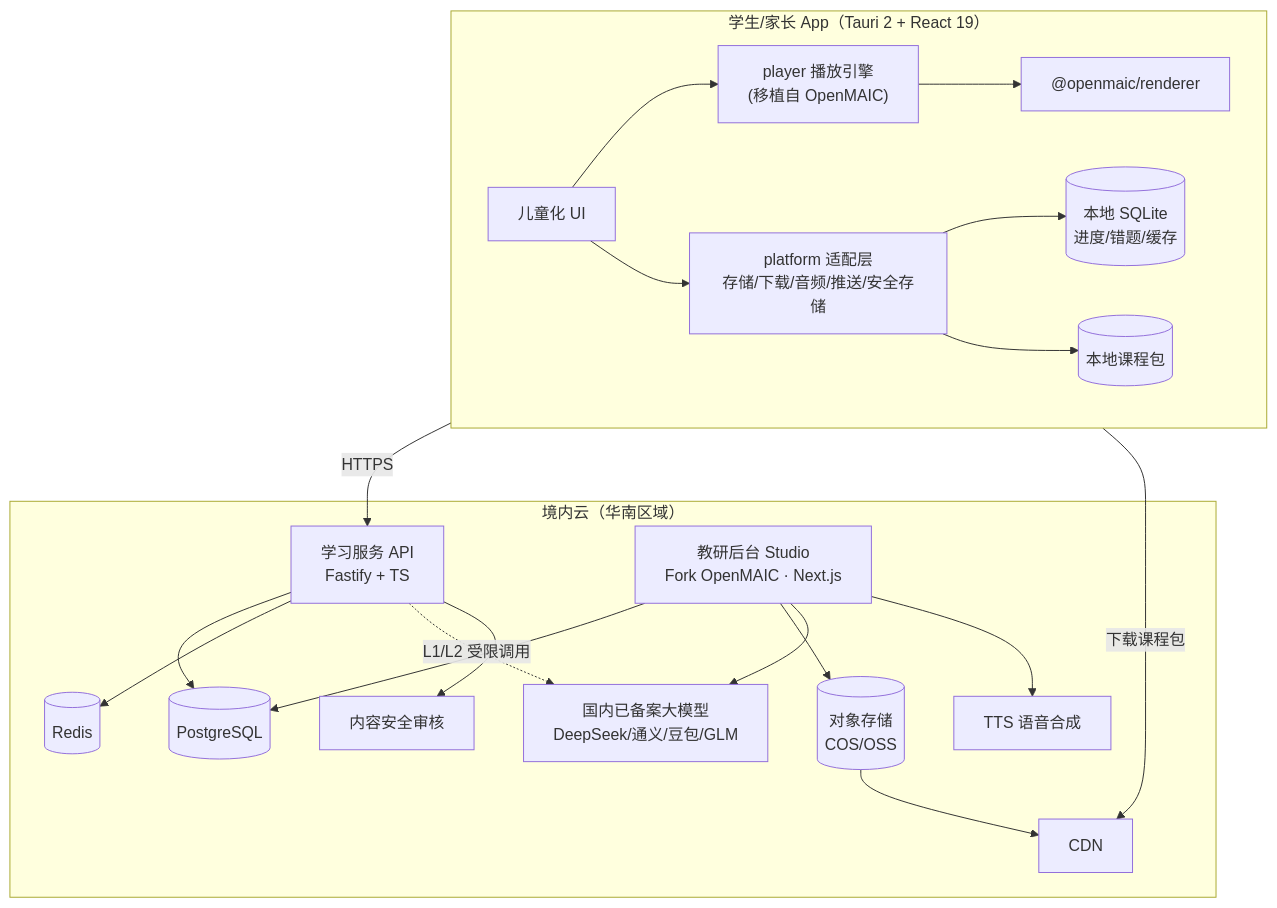
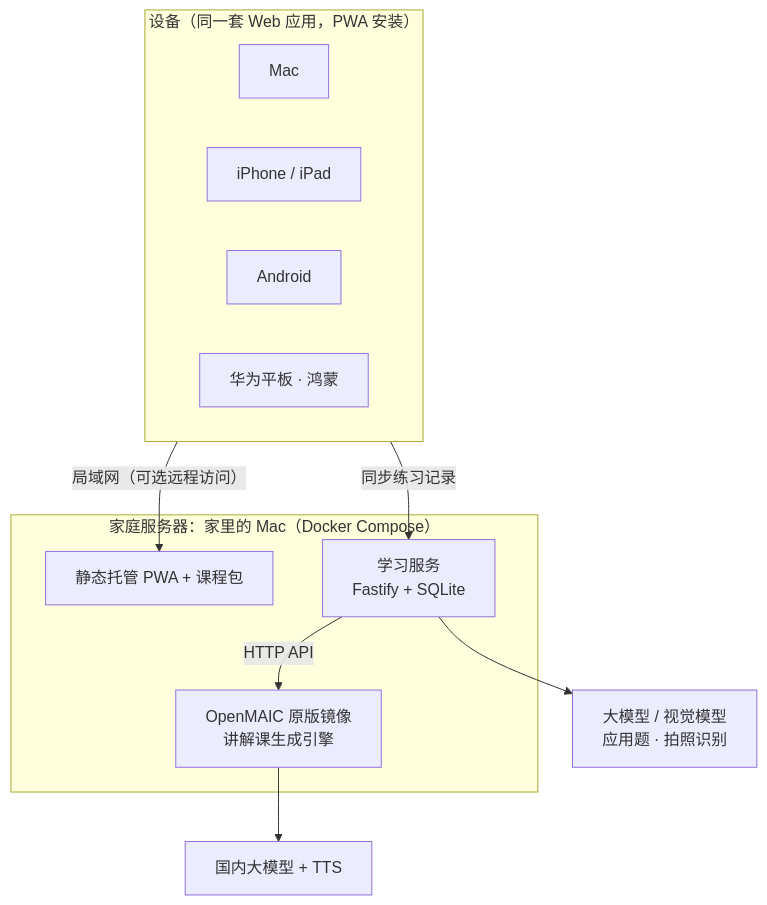
One commit to yinshujin/xuexi changed the third of 3 diagrams in docs/solution-plan.md. Above: the diagram before and after it, drawn with Mermaid. The commit also changed other lines of this file and 1 other file, not shown here.

````diff
--- a/docs/solution-plan.md
+++ b/docs/solution-plan.md
@@ -186,25 +211,19 @@
 ```mermaid
 flowchart TB
-  subgraph Client["学生/家长 App（Tauri 2 + React 19）"]
-    UI[儿童化 UI] --> PL["player 播放引擎<br/>(移植自 OpenMAIC)"]
-    PL --> RD["@openmaic/renderer"]
-    UI --> PA["platform 适配层<br/>存储/下载/音频/推送/安全存储"]
-    PA --> LDB[(本地 SQLite<br/>进度/错题/缓存)]
-    PA --> PKG[(本地课程包)]
+  subgraph Devices["设备（同一套 Web 应用，PWA 安装）"]
+    M[Mac]
+    I[iPhone / iPad]
+    A[Android]
+    H[华为平板 · 鸿蒙]
   end
-
-  subgraph Cloud["境内云（华南区域）"]
-    API["学习服务 API<br/>Fastify + TS"] --> PG[(PostgreSQL)]
-    API --> RDS[(Redis)]
-    STU["教研后台 Studio<br/>Fork OpenMAIC · Next.js"] --> PG
-    STU --> OSS[(对象存储<br/>COS/OSS)]
-    OSS --> CDN[CDN]
-    STU --> LLM["国内已备案大模型<br/>DeepSeek/通义/豆包/GLM"]
-    STU --> TTS[TTS 语音合成]
-    API -.L1/L2 受限调用.-> LLM
-    API --> SAFE[内容安全审核]
+  subgraph Home["家庭服务器：家里的 Mac（Docker Compose）"]
+    WEB[静态托管 PWA + 课程包]
+    API["学习服务<br/>Fastify + SQLite"]
+    OM["OpenMAIC 原版镜像<br/>讲解课生成引擎"]
   end
-
-  Client -->|HTTPS| API
-  Client -->|下载课程包| CDN
+  Devices -->|局域网（可选远程访问）| WEB
+  Devices -->|同步练习记录| API
+  API -->|HTTP API| OM
+  OM --> LLM[国内大模型 + TTS]
+  API --> LLM2[大模型 / 视觉模型<br/>应用题 · 拍照识别]
 ```
````
